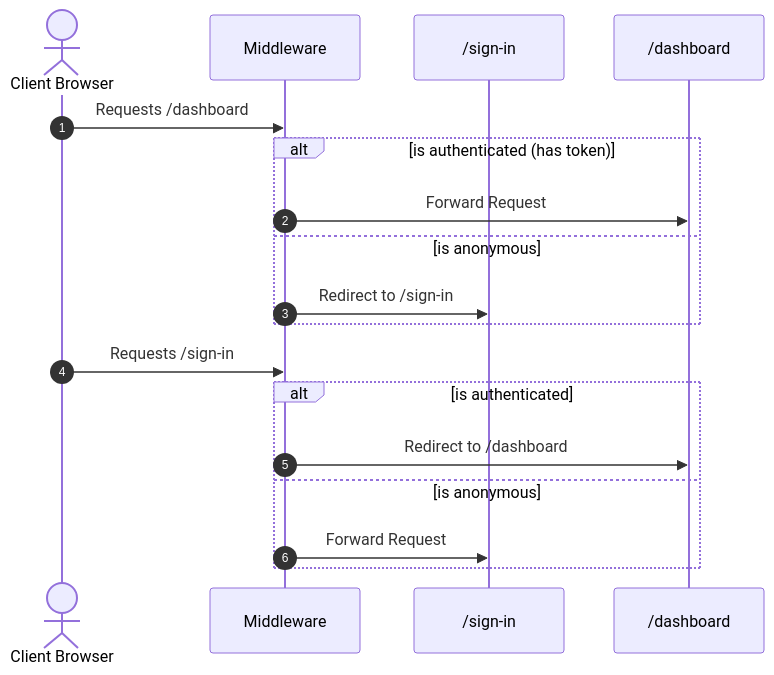
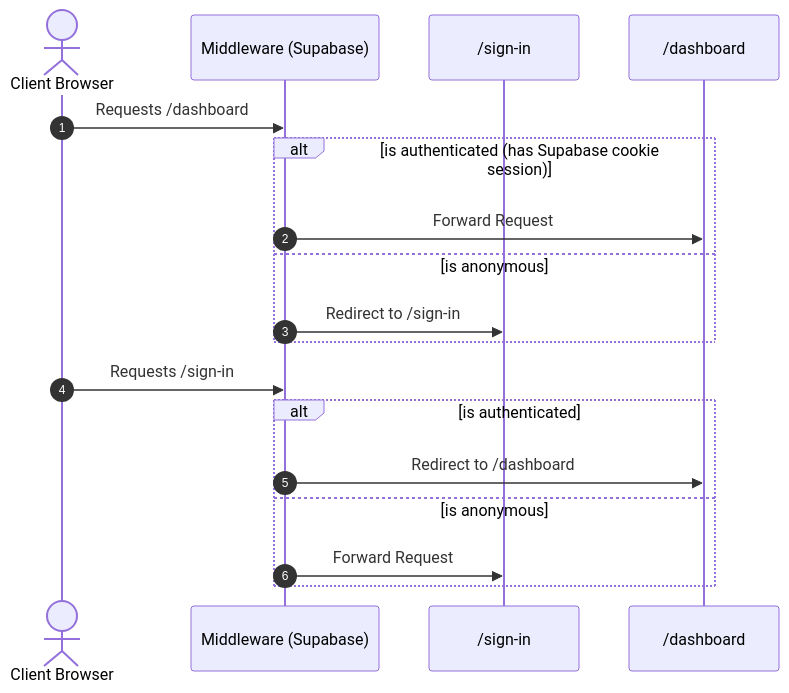
One commit to SurinderSing/PORTFOLIO-NEXT changed the first of 2 diagrams in docs/APP_FLOW.md. Above: the diagram before and after it, drawn with Mermaid. The commit also changed other lines of this file and 34 other files, not shown here.

Commit message:
feat: initialize project architecture with Supabase authentication and route-based application flow

````diff
--- a/docs/APP_FLOW.md
+++ b/docs/APP_FLOW.md
@@ -42,22 +40,22 @@
 ```mermaid
 sequenceDiagram
     autonumber
     actor User as Client Browser
-    participant MW as Middleware
+    participant MW as Middleware (Supabase)
     participant Signin as /sign-in
     participant Dash as /dashboard
 
     User->>MW: Requests /dashboard
-    alt is authenticated (has token)
+    alt is authenticated (has Supabase cookie session)
         MW->>Dash: Forward Request
     else is anonymous
         MW->>Signin: Redirect to /sign-in
     end
 
     User->>MW: Requests /sign-in
     alt is authenticated
         MW->>Dash: Redirect to /dashboard
     else is anonymous
         MW->>Signin: Forward Request
     end
 ```
````
